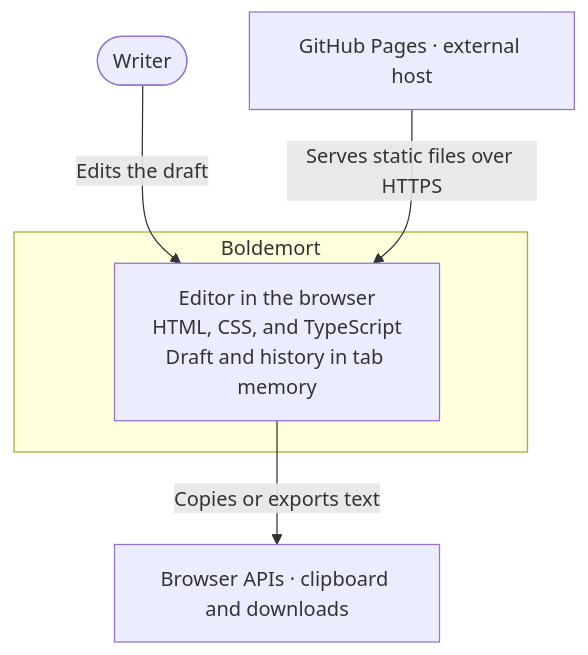
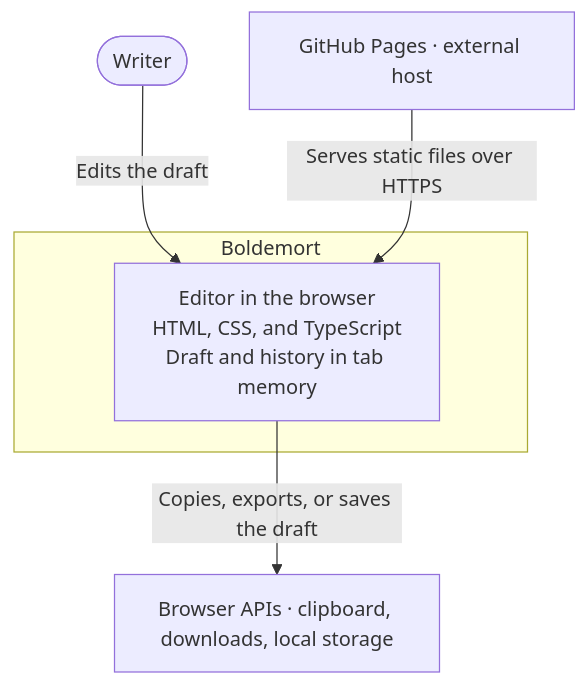
One commit to marcelpetrick/Boldemort changed the second of 5 diagrams in docs/ARCHITECTURE.md. Above: the diagram before and after it, drawn with Mermaid. The commit also changed other lines of this file and 20 other files, not shown here.

````diff
--- a/docs/ARCHITECTURE.md
+++ b/docs/ARCHITECTURE.md
@@ -36,14 +37,14 @@
 ```mermaid
 flowchart TB
     writer(["Writer"])
     pages["GitHub Pages · external host"]
-    browser["Browser APIs · clipboard and downloads"]
+    browser["Browser APIs · clipboard, downloads, local storage"]
 
     subgraph boldemort["Boldemort"]
         editor["Editor in the browser<br/>HTML, CSS, and TypeScript<br/>Draft and history in tab memory"]
     end
 
     writer -->|Edits the draft| editor
     pages -->|Serves static files over HTTPS| editor
-    editor -->|Copies or exports text| browser
+    editor -->|Copies, exports, or saves the draft| browser
 ```
````
